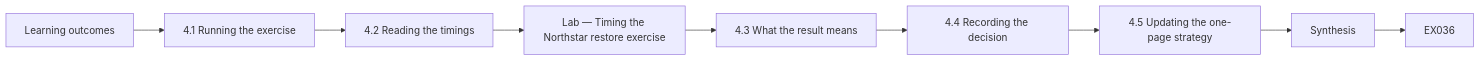
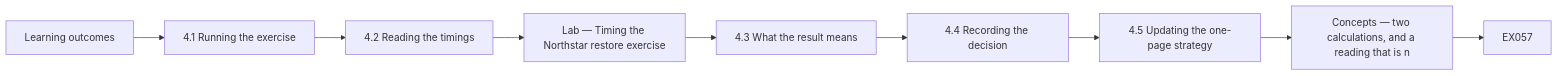
One commit to hiagokinlevi/CyKin changed diagram 11 of 12 in levels/rapid-1-month/security-governance-risk-compliance/en/book/MANUSCRIPT.md. Above: the diagram before and after it, drawn with Mermaid. The commit also changed other lines of this file and 1 other file, not shown here.

````diff
--- a/levels/rapid-1-month/security-governance-risk-compliance/en/book/MANUSCRIPT.md
+++ b/levels/rapid-1-month/security-governance-risk-compliance/en/book/MANUSCRIPT.md
@@ -514,12 +649,12 @@
 ```mermaid
 flowchart LR
   N0["Learning outcomes"]
   N1["4.1 Running the exercise"]
   N2["4.2 Reading the timings"]
   N3["Lab — Timing the Northstar restore exercise"]
   N4["4.3 What the result means"]
   N5["4.4 Recording the decision"]
   N6["4.5 Updating the one-page strategy"]
-  N7["Synthesis"]
-  N0 --> N1 --> N2 --> N3 --> N4 --> N5 --> N6 --> N7 --> Q["EX036"]
+  N7["Concepts — two calculations, and a reading that is n"]
+  N0 --> N1 --> N2 --> N3 --> N4 --> N5 --> N6 --> N7 --> Q["EX057"]
 ```
````
